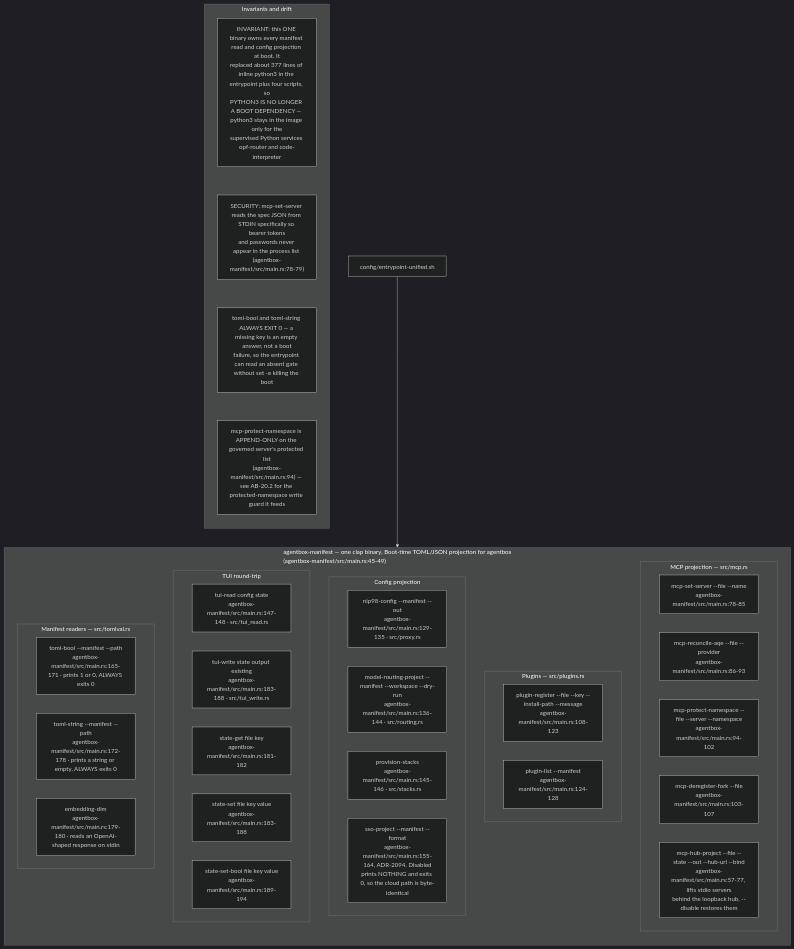
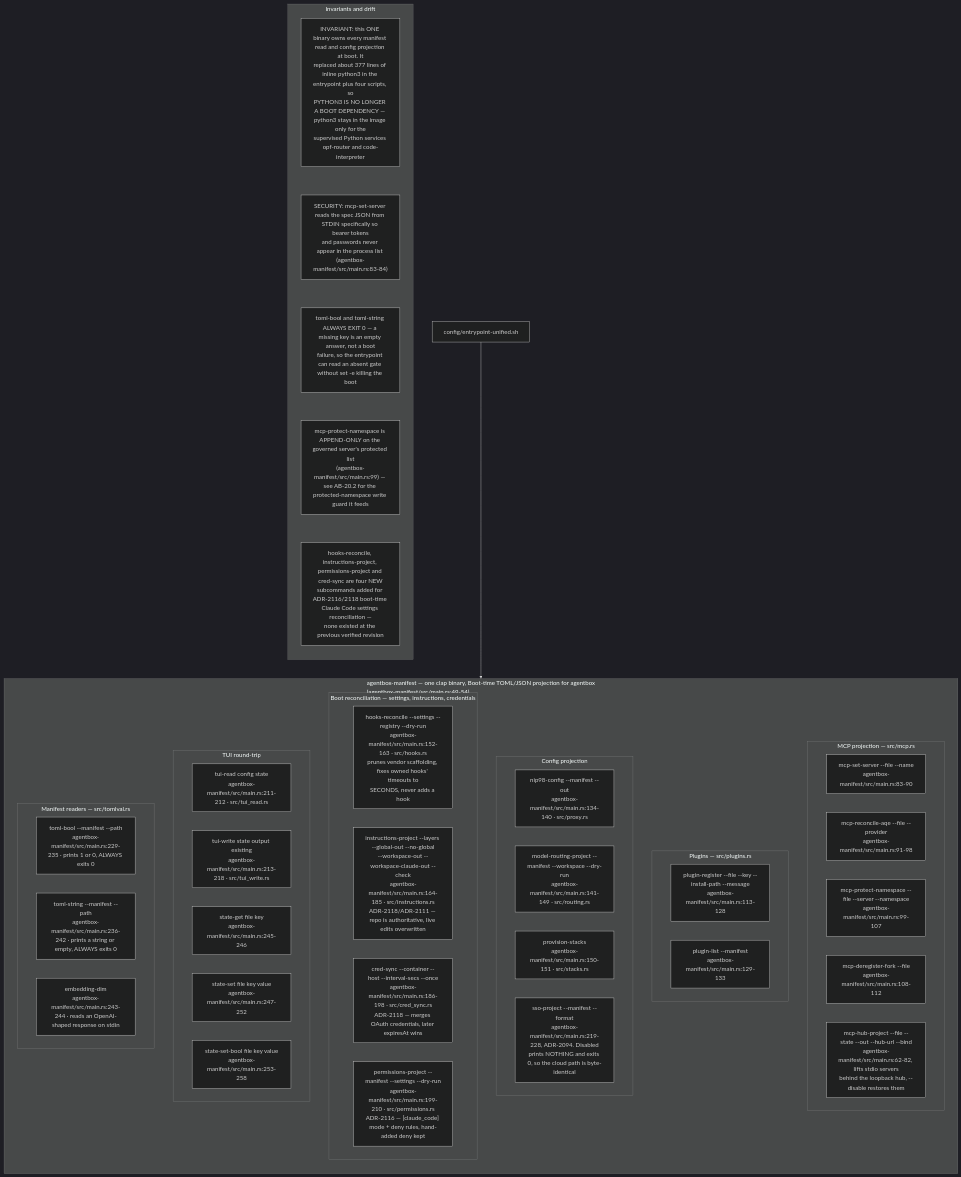
One commit to DreamLab-AI/VisionFlow changed the first of 10 diagrams in docs/diagrams/agentbox/28-agentbox-services-and-manifest-binary.md. Above: the diagram before and after it, drawn with Mermaid (dark theme). The commit also changed other lines of this file and 136 other files, not shown here.

First line of the commit message:
docs(diagrams): refresh the whole corpus to code HEAD and prune low-value diagrams

````diff
--- a/docs/diagrams/agentbox/28-agentbox-services-and-manifest-binary.md
+++ b/docs/diagrams/agentbox/28-agentbox-services-and-manifest-binary.md
@@ -80,44 +70,51 @@
 ```mermaid
 flowchart TB
-    subgraph cli["agentbox-manifest — one clap binary, Boot-time TOML/JSON projection for agentbox<br/>(agentbox-manifest/src/main.rs:45-49)"]
+    subgraph cli["agentbox-manifest — one clap binary, Boot-time TOML/JSON projection for agentbox<br/>(agentbox-manifest/src/main.rs:49-54)"]
         direction TB
         subgraph mcpg["MCP projection — src/mcp.rs"]
-            C1["mcp-set-server --file --name<br/>agentbox-manifest/src/main.rs:78-85"]
-            C2["mcp-reconcile-aqe --file --provider<br/>agentbox-manifest/src/main.rs:86-93"]
-            C3["mcp-protect-namespace --file --server --namespace<br/>agentbox-manifest/src/main.rs:94-102"]
-            C4["mcp-deregister-fork --file<br/>agentbox-manifest/src/main.rs:103-107"]
-            C18["mcp-hub-project --file --state --out --hub-url --bind<br/>agentbox-manifest/src/main.rs:57-77, lifts stdio servers<br/>behind the loopback hub, --disable restores them"]
+            C1["mcp-set-server --file --name<br/>agentbox-manifest/src/main.rs:83-90"]
+            C2["mcp-reconcile-aqe --file --provider<br/>agentbox-manifest/src/main.rs:91-98"]
+            C3["mcp-protect-namespace --file --server --namespace<br/>agentbox-manifest/src/main.rs:99-107"]
+            C4["mcp-deregister-fork --file<br/>agentbox-manifest/src/main.rs:108-112"]
+            C18["mcp-hub-project --file --state --out --hub-url --bind<br/>agentbox-manifest/src/main.rs:62-82, lifts stdio servers<br/>behind the loopback hub, --disable restores them"]
         end
         subgraph plug["Plugins — src/plugins.rs"]
-            C5["plugin-register --file --key --install-path --message<br/>agentbox-manifest/src/main.rs:108-123"]
-            C6["plugin-list --manifest<br/>agentbox-manifest/src/main.rs:124-128"]
+            C5["plugin-register --file --key --install-path --message<br/>agentbox-manifest/src/main.rs:113-128"]
+            C6["plugin-list --manifest<br/>agentbox-manifest/src/main.rs:129-133"]
         end
         subgraph proj["Config projection"]
-            C7["nip98-config --manifest --out<br/>agentbox-manifest/src/main.rs:129-135 · src/proxy.rs"]
-            C8["model-routing-project --manifest --workspace --dry-run<br/>agentbox-manifest/src/main.rs:136-144 · src/routing.rs"]
-            C9["provision-stacks<br/>agentbox-manifest/src/main.rs:145-146 · src/stacks.rs"]
-            C19["sso-project --manifest --format<br/>agentbox-manifest/src/main.rs:155-164, ADR-2094. Disabled<br/>prints NOTHING and exits 0, so the cloud path is byte-identical"]
+            C7["nip98-config --manifest --out<br/>agentbox-manifest/src/main.rs:134-140 · src/proxy.rs"]
+            C8["model-routing-project --manifest --workspace --dry-run<br/>agentbox-manifest/src/main.rs:141-149 · src/routing.rs"]
+            C9["provision-stacks<br/>agentbox-manifest/src/main.rs:150-151 · src/stacks.rs"]
+            C19["sso-project --manifest --format<br/>agentbox-manifest/src/main.rs:219-228, ADR-2094. Disabled<br/>prints NOTHING and exits 0, so the cloud path is byte-identical"]
+        end
+        subgraph recon["Boot reconciliation — settings, instructions, credentials"]
+            C20["hooks-reconcile --settings --registry --dry-run<br/>agentbox-manifest/src/main.rs:152-163 · src/hooks.rs<br/>prunes vendor scaffolding, fixes owned hooks' timeouts to<br/>SECONDS, never adds a hook"]
+            C21["instructions-project --layers --global-out --no-global<br/>--workspace-out --workspace-claude-out --check<br/>agentbox-manifest/src/main.rs:164-185 · src/instructions.rs<br/>ADR-2118/ADR-2111 — repo is authoritative, live edits overwritten"]
+            C22["cred-sync --container --host --interval-secs --once<br/>agentbox-manifest/src/main.rs:186-198 · src/cred_sync.rs<br/>ADR-2118 — merges OAuth credentials, later expiresAt wins"]
+            C23["permissions-project --manifest --settings --dry-run<br/>agentbox-manifest/src/main.rs:199-210 · src/permissions.rs<br/>ADR-2116 — [claude_code] mode + deny rules, hand-added deny kept"]
         end
         subgraph tui["TUI round-trip"]
-            C10["tui-read config state<br/>agentbox-manifest/src/main.rs:147-148 · src/tui_read.rs"]
-            C11["tui-write state output existing<br/>agentbox-manifest/src/main.rs:183-188 · src/tui_write.rs"]
-            C12["state-get file key<br/>agentbox-manifest/src/main.rs:181-182"]
-            C13["state-set file key value<br/>agentbox-manifest/src/main.rs:183-188"]
-            C14["state-set-bool file key value<br/>agentbox-manifest/src/main.rs:189-194"]
+            C10["tui-read config state<br/>agentbox-manifest/src/main.rs:211-212 · src/tui_read.rs"]
+            C11["tui-write state output existing<br/>agentbox-manifest/src/main.rs:213-218 · src/tui_write.rs"]
+            C12["state-get file key<br/>agentbox-manifest/src/main.rs:245-246"]
+            C13["state-set file key value<br/>agentbox-manifest/src/main.rs:247-252"]
+            C14["state-set-bool file key value<br/>agentbox-manifest/src/main.rs:253-258"]
         end
         subgraph read["Manifest readers — src/tomlval.rs"]
-            C15["toml-bool --manifest --path<br/>agentbox-manifest/src/main.rs:165-171 · prints 1 or 0, ALWAYS exits 0"]
-            C16["toml-string --manifest --path<br/>agentbox-manifest/src/main.rs:172-178 · prints a string or empty, ALWAYS exits 0"]
-            C17["embedding-dim<br/>agentbox-manifest/src/main.rs:179-180 · reads an OpenAI-shaped response on stdin"]
+            C15["toml-bool --manifest --path<br/>agentbox-manifest/src/main.rs:229-235 · prints 1 or 0, ALWAYS exits 0"]
+            C16["toml-string --manifest --path<br/>agentbox-manifest/src/main.rs:236-242 · prints a string or empty, ALWAYS exits 0"]
+            C17["embedding-dim<br/>agentbox-manifest/src/main.rs:243-244 · reads an OpenAI-shaped response on stdin"]
         end
     end
     EP["config/entrypoint-unified.sh"] --> cli
     subgraph notes["Invariants and drift"]
         direction TB
         N1["INVARIANT: this ONE binary owns every manifest read and config projection at boot. It<br/>replaced about 377 lines of inline python3 in the entrypoint plus four scripts, so<br/>PYTHON3 IS NO LONGER A BOOT DEPENDENCY — python3 stays in the image only for the<br/>supervised Python services opf-router and code-interpreter"]
-        N2["SECURITY: mcp-set-server reads the spec JSON from STDIN specifically so bearer tokens<br/>and passwords never appear in the process list (agentbox-manifest/src/main.rs:78-79)"]
+        N2["SECURITY: mcp-set-server reads the spec JSON from STDIN specifically so bearer tokens<br/>and passwords never appear in the process list (agentbox-manifest/src/main.rs:83-84)"]
         N3["toml-bool and toml-string ALWAYS EXIT 0 — a missing key is an empty answer, not a boot<br/>failure, so the entrypoint can read an absent gate without set -e killing the boot"]
-        N4["mcp-protect-namespace is APPEND-ONLY on the governed server's protected list<br/>(agentbox-manifest/src/main.rs:94) — see AB-20.2 for the protected-namespace write guard it feeds"]
-        N1 ~~~ N2 ~~~ N3 ~~~ N4
+        N4["mcp-protect-namespace is APPEND-ONLY on the governed server's protected list<br/>(agentbox-manifest/src/main.rs:99) — see AB-20.2 for the protected-namespace write guard it feeds"]
+        N5["hooks-reconcile, instructions-project, permissions-project and cred-sync are four NEW<br/>subcommands added for ADR-2116/2118 boot-time Claude Code settings reconciliation —<br/>none existed at the previous verified revision"]
+        N1 ~~~ N2 ~~~ N3 ~~~ N4 ~~~ N5
     end
 ```
````
